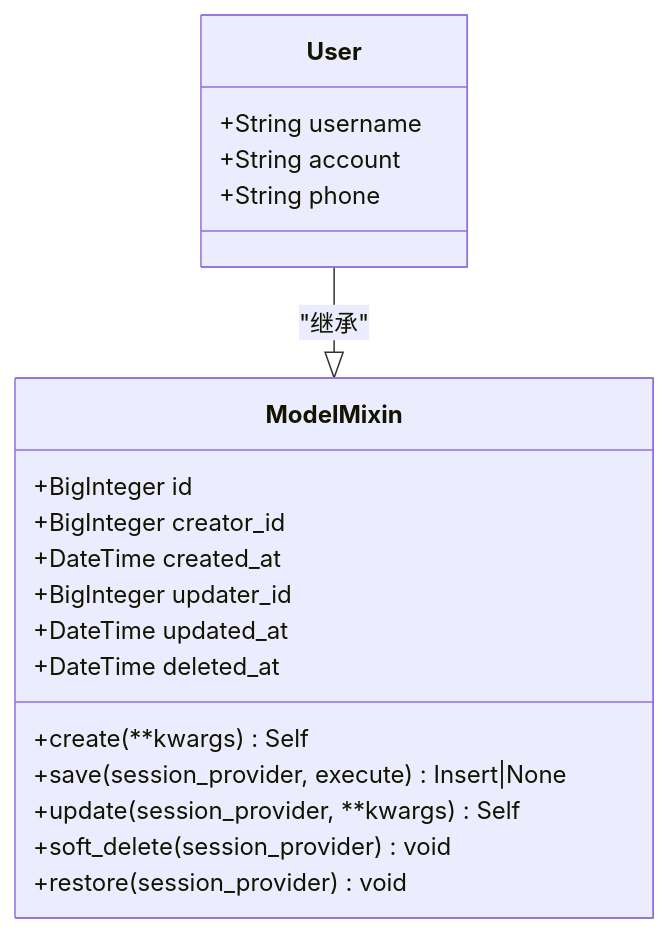
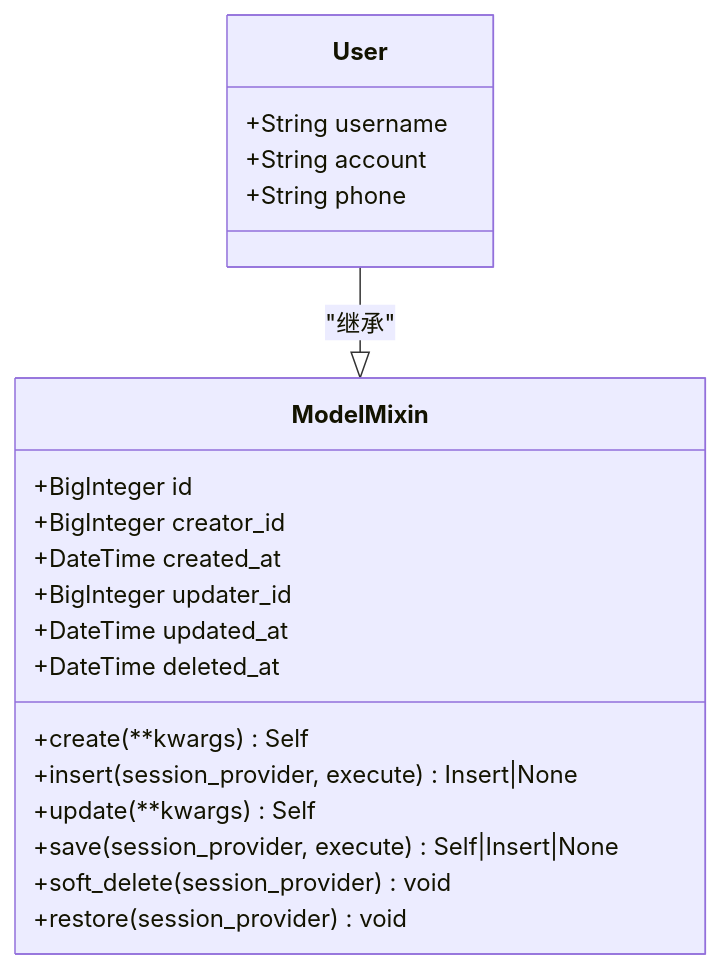
One commit to lilinzezzzzzz/fastapi-backend changed the third of 7 diagrams in .qoder/repowiki/zh/content/数据模型/用户模型.md. Above: the diagram before and after it, drawn with Mermaid. The commit also changed other lines of this file and 42 other files, not shown here.

````diff
--- a/.qoder/repowiki/zh/content/数据模型/用户模型.md
+++ b/.qoder/repowiki/zh/content/数据模型/用户模型.md
@@ -148,22 +155,23 @@
 ```mermaid
 classDiagram
 class ModelMixin {
 +BigInteger id
 +BigInteger creator_id
 +DateTime created_at
 +BigInteger updater_id
 +DateTime updated_at
 +DateTime deleted_at
 +create(**kwargs) Self
-+save(session_provider, execute) Insert|None
-+update(session_provider, **kwargs) Self
++insert(session_provider, execute) Insert|None
++update(**kwargs) Self
++save(session_provider, execute) Self|Insert|None
 +soft_delete(session_provider) void
 +restore(session_provider) void
 }
 class User {
 +String username
 +String account
 +String phone
 }
 User --|> ModelMixin : "继承"
 ```
````
